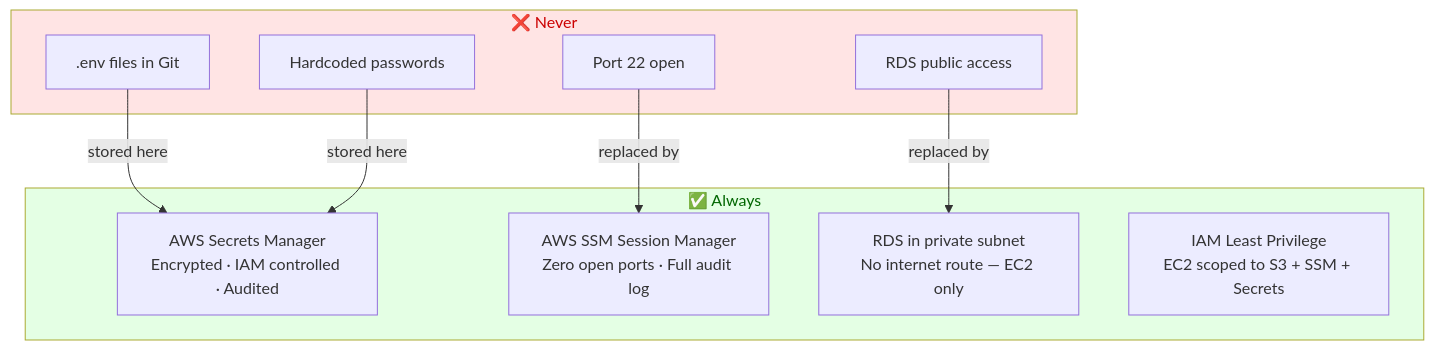
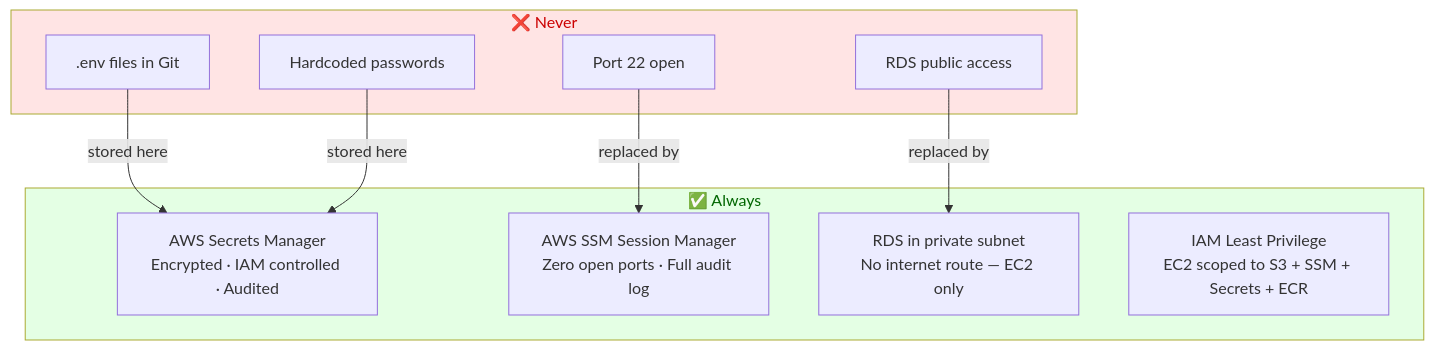
The third of 3 diagrams in README.md (jillani-07/mediflow), drawn with Mermaid before and after one commit. The commit also changed other lines of this file, not shown here.

Commit message:
docs: update README — fresh deploy guide, roadmap, pipeline diagram updated

````diff
--- a/README.md
+++ b/README.md
@@ -135,24 +138,24 @@
 ```mermaid
 graph TB
     subgraph NEVER ["❌ Never"]
         ENV[".env files in Git"]
         PWD["Hardcoded passwords"]
         SSH["Port 22 open"]
         PUB["RDS public access"]
     end
 
     subgraph ALWAYS ["✅ Always"]
         SM["AWS Secrets Manager\nEncrypted · IAM controlled · Audited"]
         SSM["AWS SSM Session Manager\nZero open ports · Full audit log"]
         PRIV["RDS in private subnet\nNo internet route — EC2 only"]
-        IAM["IAM Least Privilege\nEC2 scoped to S3 + SSM + Secrets"]
+        IAM["IAM Least Privilege\nEC2 scoped to S3 + SSM + Secrets + ECR"]
     end
 
     ENV -->|stored here| SM
     PWD -->|stored here| SM
     SSH -->|replaced by| SSM
     PUB -->|replaced by| PRIV
 
     style NEVER fill:#FFE4E4,color:#CC0000
     style ALWAYS fill:#E4FFE4,color:#006600
 ```
````
